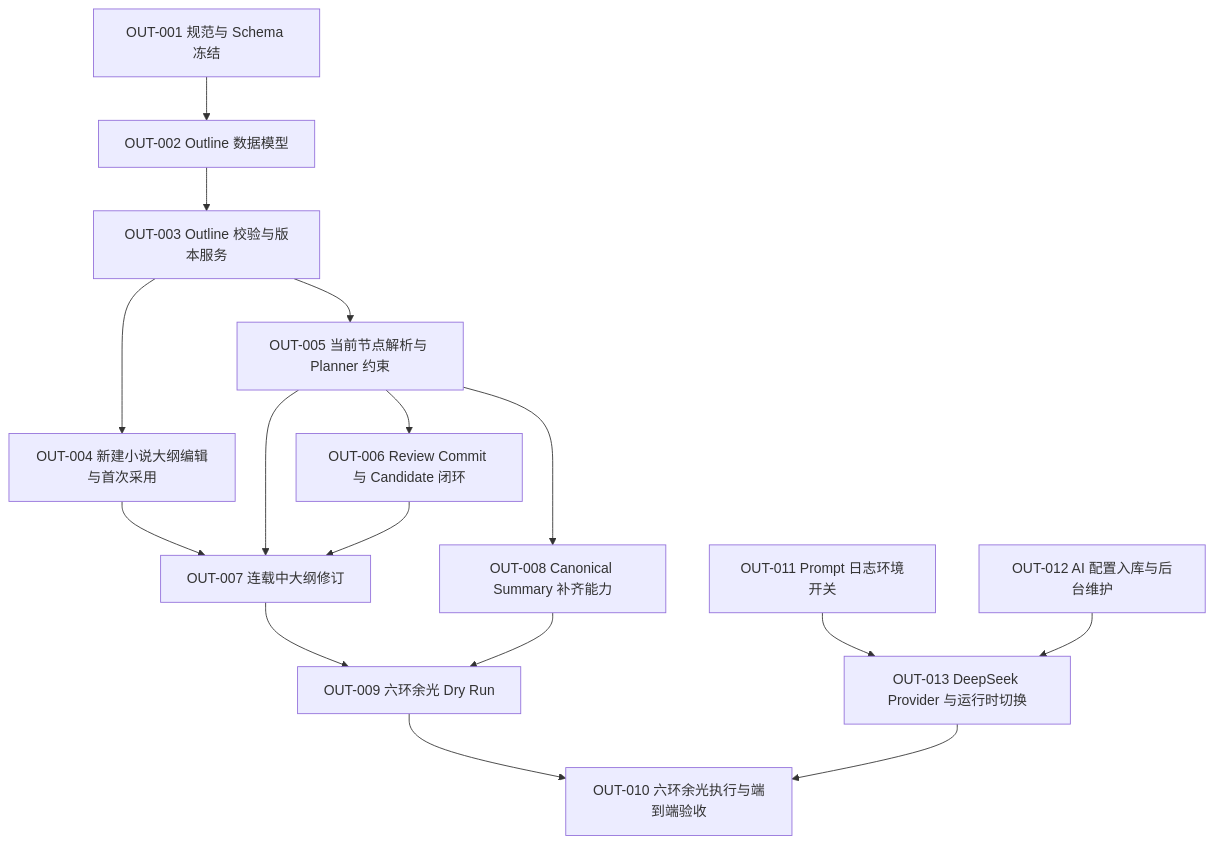
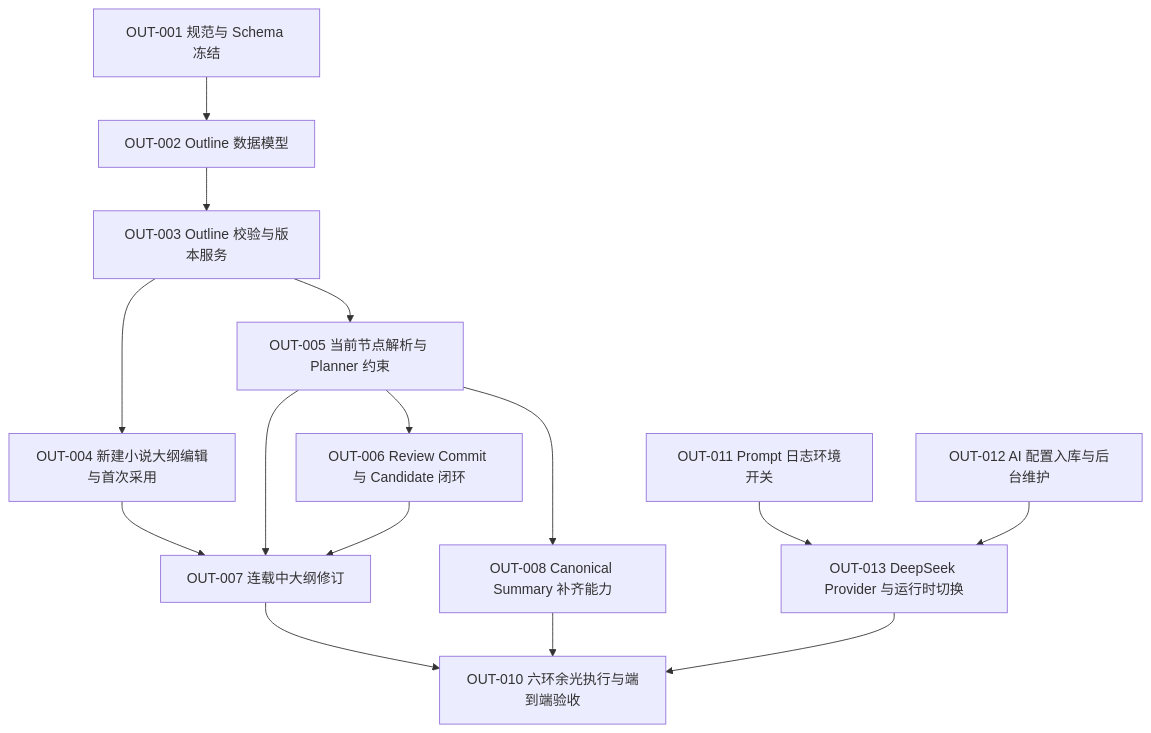
One commit to echo-666999/x_novel changed the diagram in docs/development/NOVEL_OUTLINE_CONTROL_ADJUSTMENT_PLAN.md. Above: the diagram before and after it, drawn with Mermaid. The commit also changed other lines of this file and 60 other files, not shown here.

````diff
--- a/docs/development/NOVEL_OUTLINE_CONTROL_ADJUSTMENT_PLAN.md
+++ b/docs/development/NOVEL_OUTLINE_CONTROL_ADJUSTMENT_PLAN.md
@@ -937,18 +937,17 @@
 ```mermaid
 flowchart TD
     A[OUT-001 规范与 Schema 冻结] --> B[OUT-002 Outline 数据模型]
     B --> C[OUT-003 Outline 校验与版本服务]
     C --> D[OUT-004 新建小说大纲编辑与首次采用]
     C --> E[OUT-005 当前节点解析与 Planner 约束]
     E --> F[OUT-006 Review Commit 与 Candidate 闭环]
     D --> G[OUT-007 连载中大纲修订]
     E --> G
     F --> G
     E --> H[OUT-008 Canonical Summary 补齐能力]
-    G --> I[OUT-009 六环余光 Dry Run]
-    H --> I
-    I --> J[OUT-010 六环余光执行与端到端验收]
+    G --> J[OUT-010 六环余光执行与端到端验收]
+    H --> J
     K[OUT-011 Prompt 日志环境开关] --> M[OUT-013 DeepSeek Provider 与运行时切换]
     L[OUT-012 AI 配置入库与后台维护] --> M
     M --> J
 ```
````
